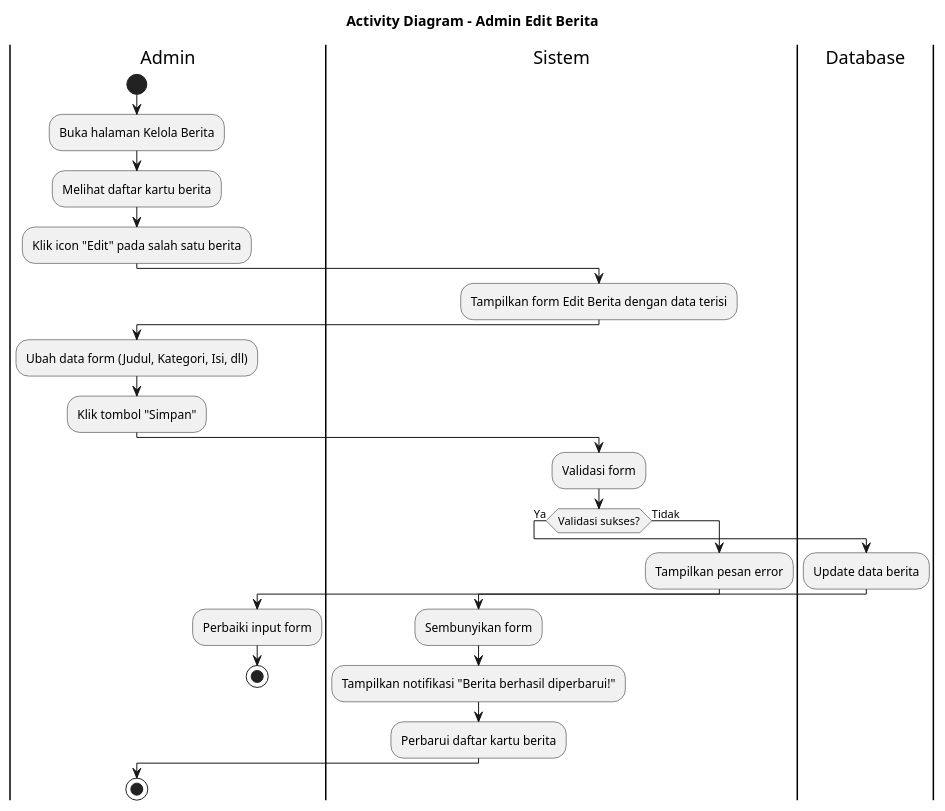
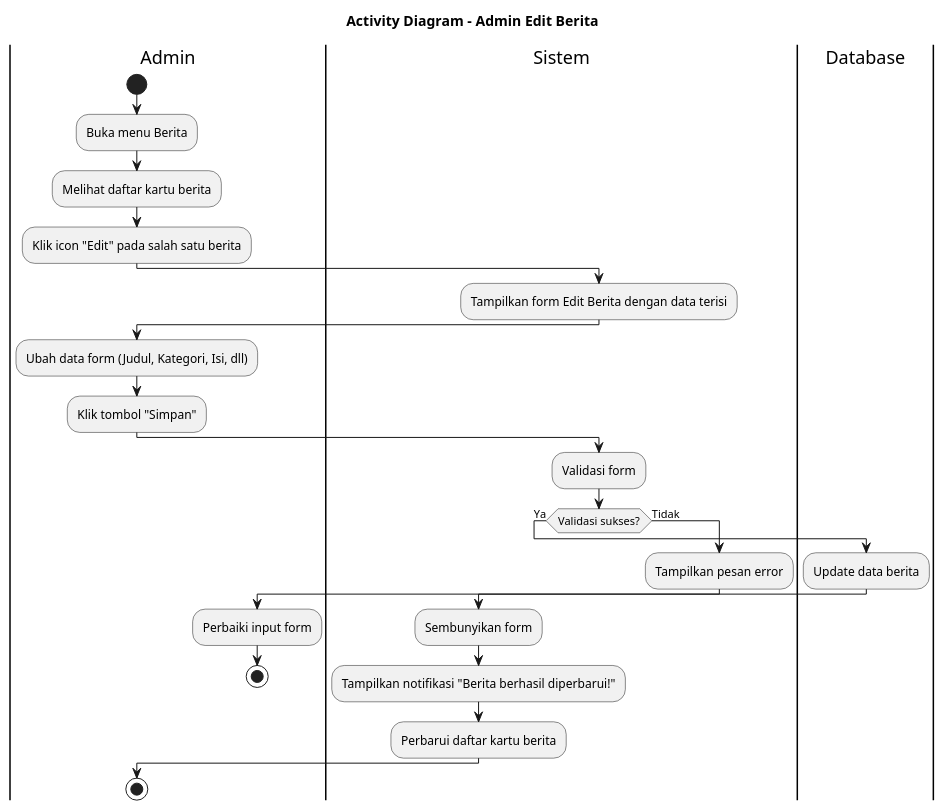
One commit to jaddu17/capstonepmikp changed the diagram in diagram/activitydiagram_admin_edit_berita.puml. Above: the diagram before and after it, drawn with PlantUML. The commit also changed 20 other files, not shown here.

```diff
--- a/diagram/activitydiagram_admin_edit_berita.puml
+++ b/diagram/activitydiagram_admin_edit_berita.puml
@@ -1,36 +1,36 @@
 @startuml ACTIVITY_DIAGRAM_ADMIN_EDIT_BERITA
 title Activity Diagram - Admin Edit Berita
 
 |Admin|
 start
-:Buka halaman Kelola Berita;
+:Buka menu Berita;
 :Melihat daftar kartu berita;
 :Klik icon "Edit" pada salah satu berita;
 
 |Sistem|
 :Tampilkan form Edit Berita dengan data terisi;
 
 |Admin|
 :Ubah data form (Judul, Kategori, Isi, dll);
 :Klik tombol "Simpan";
 
 |Sistem|
 :Validasi form;
 if (Validasi sukses?) then (Ya)
   |Database|
   :Update data berita;
   |Sistem|
   :Sembunyikan form;
   :Tampilkan notifikasi "Berita berhasil diperbarui!";
   :Perbarui daftar kartu berita;
 else (Tidak)
   |Sistem|
   :Tampilkan pesan error;
   |Admin|
   :Perbaiki input form;
   stop
 endif
 
 stop
 
 @enduml
```
